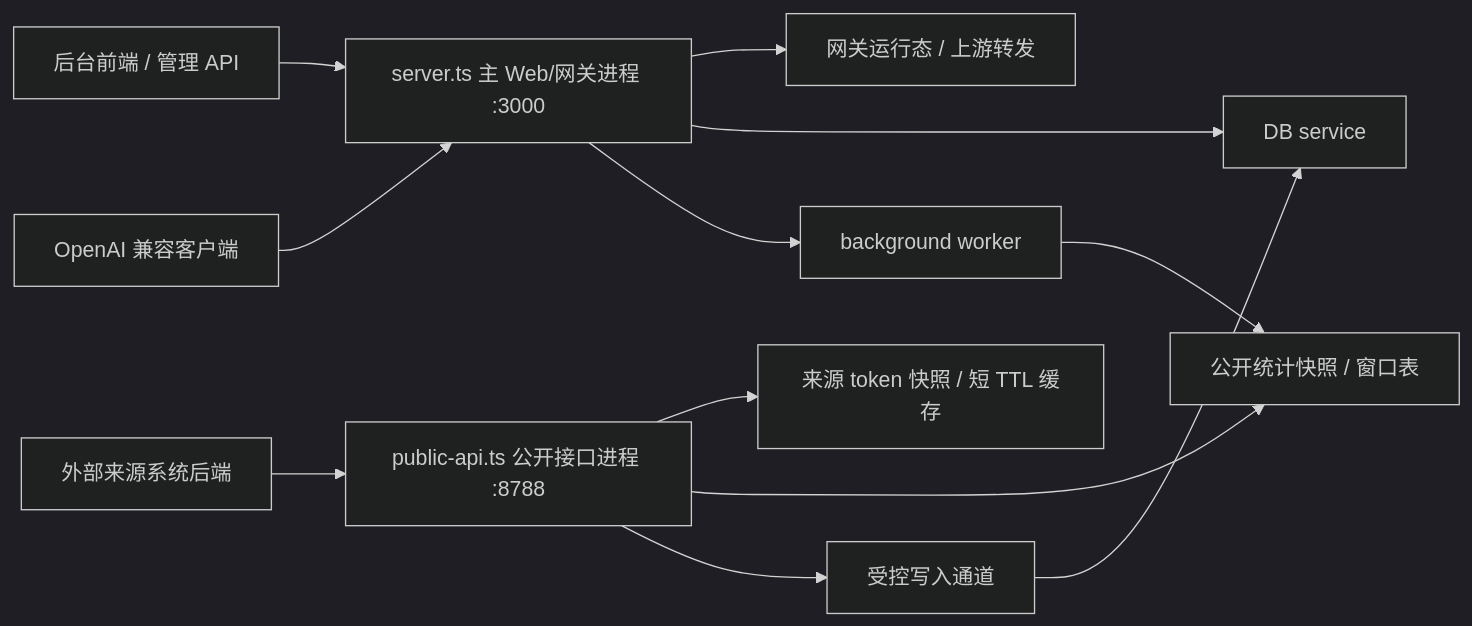
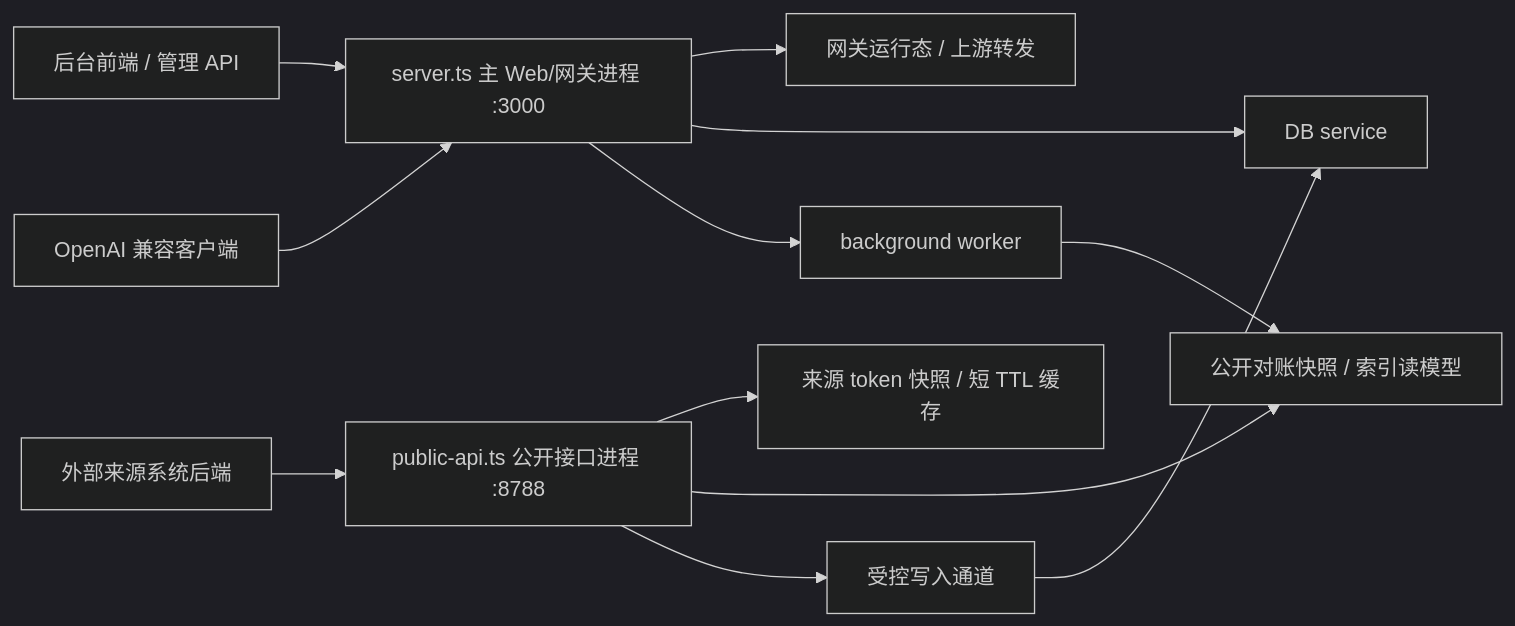
Before and after one commit to huanmin123/juhe-ai: the diagram in docs/functions/公开接口独立进程设计.md, drawn with Mermaid (dark theme). The commit also changed other lines of this file and 159 other files, not shown here.

````diff
--- a/docs/functions/公开接口独立进程设计.md
+++ b/docs/functions/公开接口独立进程设计.md
@@ -38,15 +38,15 @@
 ```mermaid
 flowchart LR
   Admin["后台前端 / 管理 API"] --> Server["server.ts 主 Web/网关进程 :3000"]
   Client["OpenAI 兼容客户端"] --> Server
   Server --> Gateway["网关运行态 / 上游转发"]
   Server --> DbService["DB service"]
   Server --> Worker["background worker"]
 
   External["外部来源系统后端"] --> PublicApi["public-api.ts 公开接口进程 :8788"]
   PublicApi --> PublicAuth["来源 token 快照 / 短 TTL 缓存"]
-  PublicApi --> PublicSnapshot["公开统计快照 / 窗口表"]
+  PublicApi --> PublicSnapshot["公开对账快照 / 索引读模型"]
   PublicApi --> PublicWrite["受控写入通道"]
   PublicWrite --> DbService
   Worker --> PublicSnapshot
 ```
````
